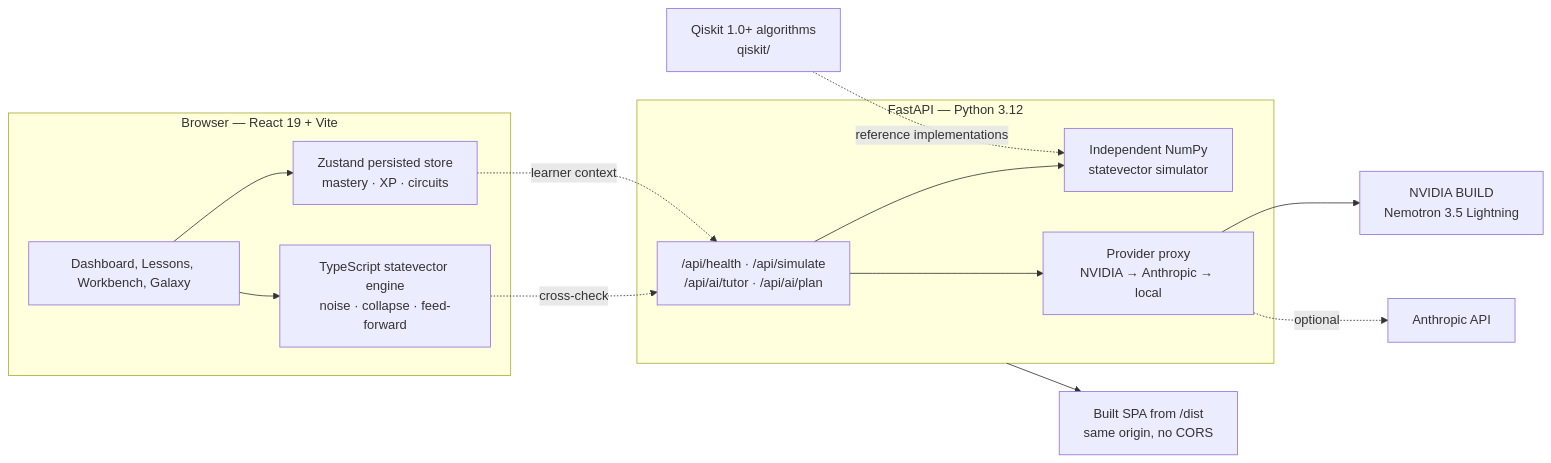
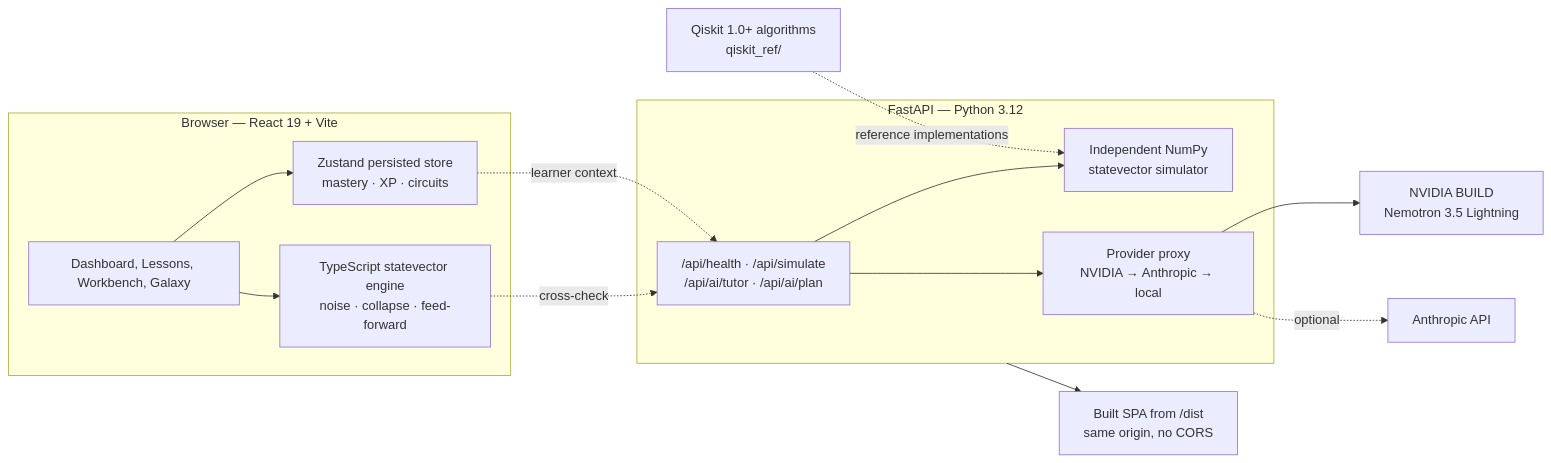
One commit to ChinmayRERC/q-matrix changed the diagram in README.md. Above: the diagram before and after it, drawn with Mermaid. The commit also changed other lines of this file and 7 other files, not shown here.

First line of the commit message:
feat: add tested Qiskit 1.0+ reference algorithms and NumPy runtime

````diff
--- a/README.md
+++ b/README.md
@@ -64,27 +64,27 @@
 ```mermaid
 flowchart LR
   subgraph Browser["Browser — React 19 + Vite"]
     UI["Dashboard, Lessons, Workbench, Galaxy"]
     Engine["TypeScript statevector engine<br/>noise · collapse · feed-forward"]
     Store["Zustand persisted store<br/>mastery · XP · circuits"]
     UI --> Engine
     UI --> Store
   end
 
   subgraph Server["FastAPI — Python 3.12"]
     API["/api/health · /api/simulate<br/>/api/ai/tutor · /api/ai/plan"]
     Oracle["Independent NumPy<br/>statevector simulator"]
     Proxy["Provider proxy<br/>NVIDIA → Anthropic → local"]
     API --> Oracle
     API --> Proxy
   end
 
   Engine -. "cross-check" .-> API
   Store -. "learner context" .-> API
 
   Proxy --> NVIDIA["NVIDIA BUILD<br/>Nemotron 3.5 Lightning"]
   Proxy -. optional .-> Claude["Anthropic API"]
   Server --> Static["Built SPA from /dist<br/>same origin, no CORS"]
 
-  Qiskit["Qiskit 1.0+ algorithms<br/>qiskit/"] -. "reference implementations" .-> Oracle
+  Qiskit["Qiskit 1.0+ algorithms<br/>qiskit_ref/"] -. "reference implementations" .-> Oracle
 ```
````
